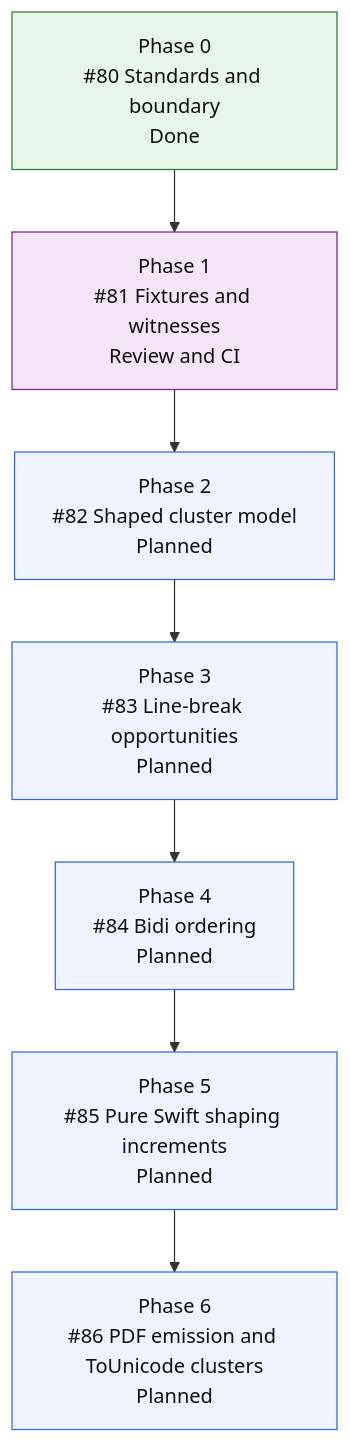
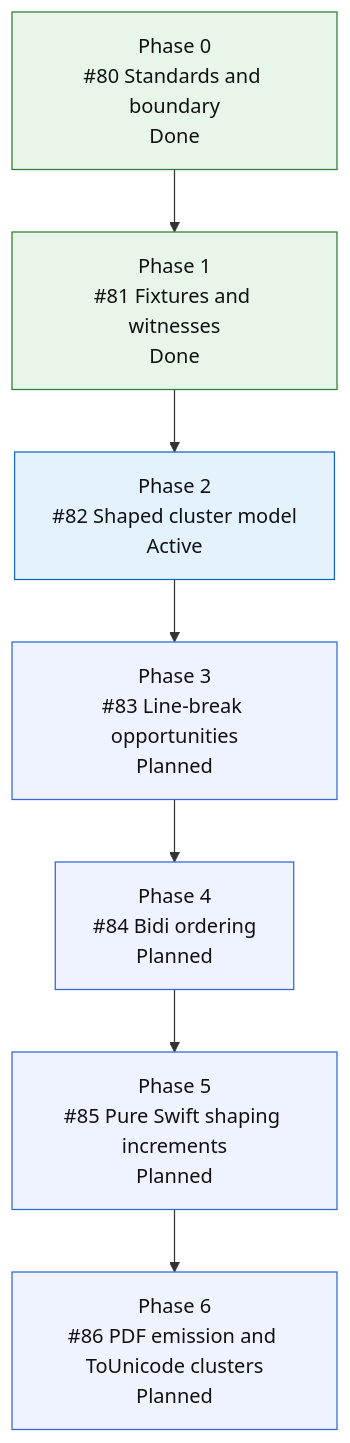
Before and after one commit to mihaelamj/MarkdownPDF: the fourth of 4 diagrams in README.md, drawn with Mermaid. The commit also changed 2 other files, not shown here.

Commit message:
docs(roadmap): start shaped cluster model issue

````diff
--- a/README.md
+++ b/README.md
@@ -300,21 +300,21 @@
 ```mermaid
 flowchart TD
     S0["Phase 0<br/>#80 Standards and boundary<br/>Done"]
-    S1["Phase 1<br/>#81 Fixtures and witnesses<br/>Review and CI"]
-    S2["Phase 2<br/>#82 Shaped cluster model<br/>Planned"]
+    S1["Phase 1<br/>#81 Fixtures and witnesses<br/>Done"]
+    S2["Phase 2<br/>#82 Shaped cluster model<br/>Active"]
     S3["Phase 3<br/>#83 Line-break opportunities<br/>Planned"]
     S4["Phase 4<br/>#84 Bidi ordering<br/>Planned"]
     S5["Phase 5<br/>#85 Pure Swift shaping increments<br/>Planned"]
     S6["Phase 6<br/>#86 PDF emission and ToUnicode clusters<br/>Planned"]
 
     S0 --> S1 --> S2 --> S3 --> S4 --> S5 --> S6
 
     classDef done fill:#e8f5e9,stroke:#2e7d32,color:#111;
     classDef active fill:#e3f2fd,stroke:#1565c0,color:#111;
     classDef review fill:#f3e5f5,stroke:#7b1fa2,color:#111;
     classDef next fill:#fff8e1,stroke:#f9a825,color:#111;
     classDef todo fill:#eef3ff,stroke:#3367d6,color:#111;
-    class S0 done;
-    class S1 review;
-    class S2,S3,S4,S5,S6 todo;
+    class S0,S1 done;
+    class S2 active;
+    class S3,S4,S5,S6 todo;
 ```
````
